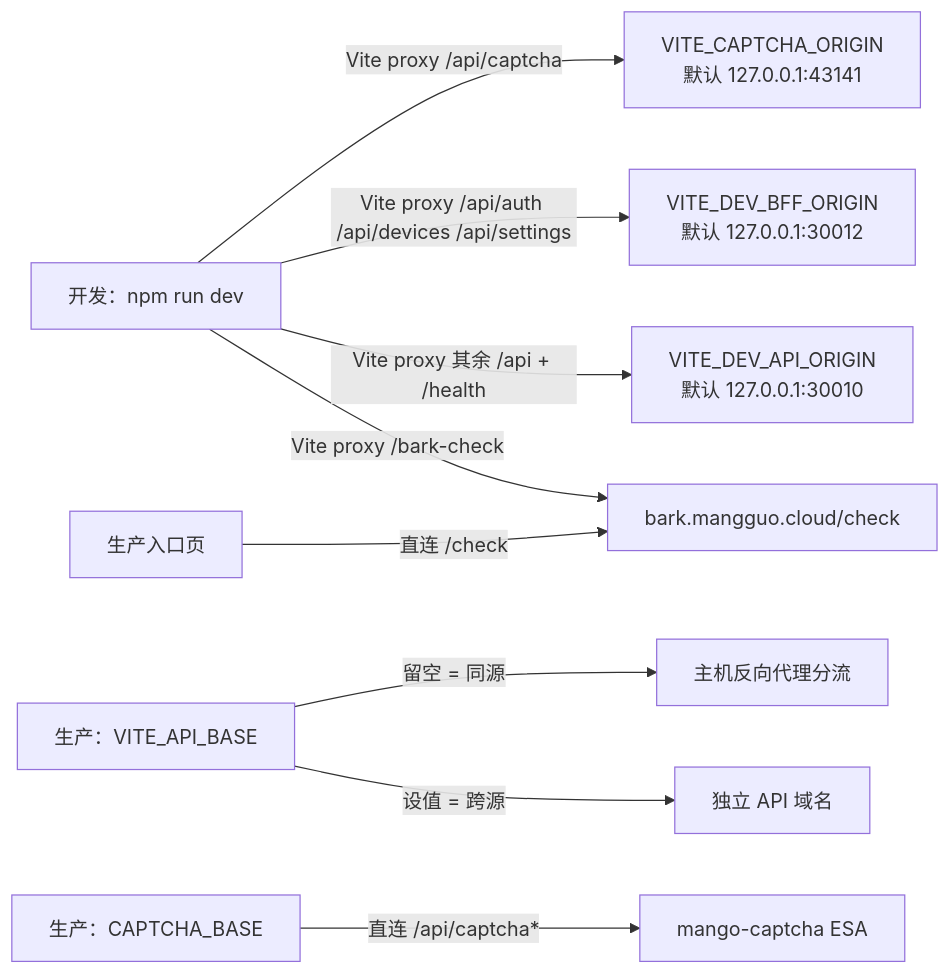
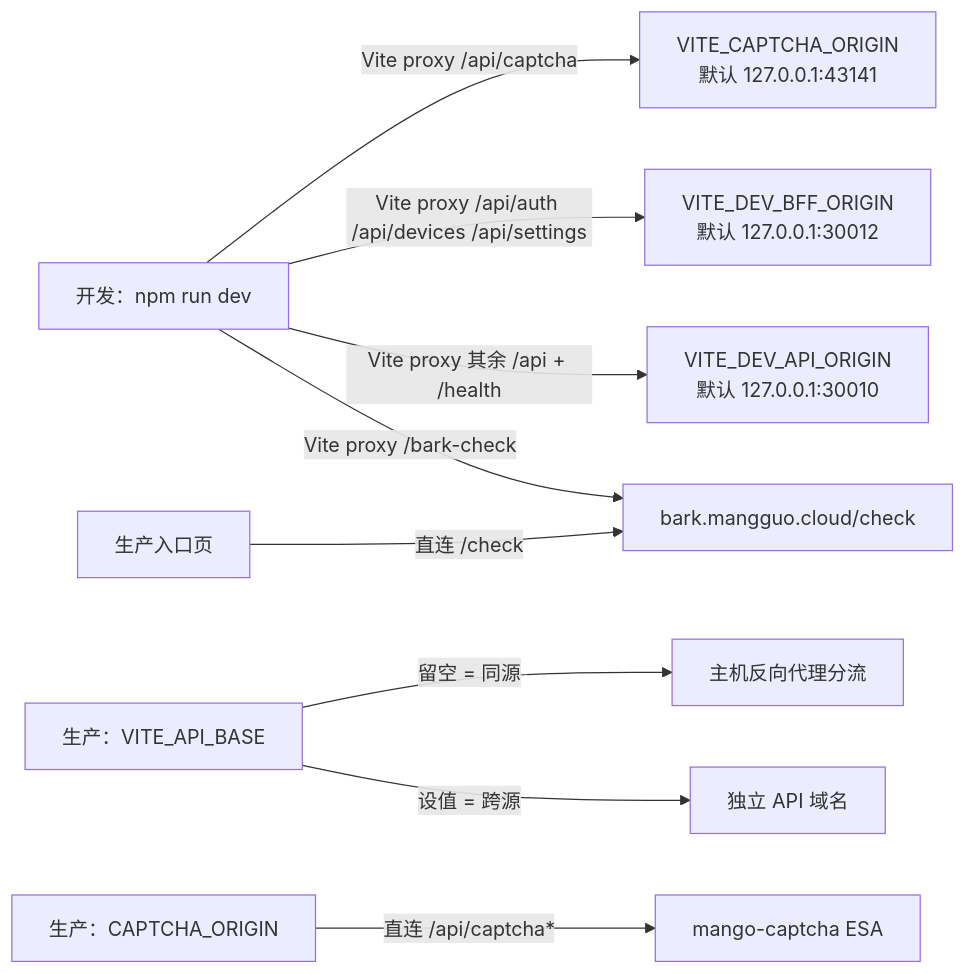
One commit to luyi2008/disaster-alert-web changed the seventh of 8 diagrams in docs/architecture.md. Above: the diagram before and after it, drawn with Mermaid. The commit also changed other lines of this file and 8 other files, not shown here.

First line of the commit message:
refactor: rename CAPTCHA_BASE to CAPTCHA_ORIGIN

````diff
--- a/docs/architecture.md
+++ b/docs/architecture.md
@@ -309,11 +309,11 @@
 ```mermaid
 graph LR
     Dev["开发：npm run dev"] -->|"Vite proxy /api/captcha"| DevCaptcha["VITE_CAPTCHA_ORIGIN<br/>默认 127.0.0.1:43141"]
     Dev -->|"Vite proxy /api/auth /api/devices /api/settings"| DevBFF["VITE_DEV_BFF_ORIGIN<br/>默认 127.0.0.1:30012"]
     Dev -->|"Vite proxy 其余 /api + /health"| DevAPI["VITE_DEV_API_ORIGIN<br/>默认 127.0.0.1:30010"]
     Dev -->|"Vite proxy /bark-check"| BarkCheck["bark.mangguo.cloud/check"]
     Prod["生产：VITE_API_BASE"] -->|"留空 = 同源"| Reverse["主机反向代理分流"]
     Prod -->|"设值 = 跨源"| Cross["独立 API 域名"]
-    ProdCaptcha["生产：CAPTCHA_BASE"] -->|"直连 /api/captcha*"| EsaCaptcha["mango-captcha ESA"]
+    ProdCaptcha["生产：CAPTCHA_ORIGIN"] -->|"直连 /api/captcha*"| EsaCaptcha["mango-captcha ESA"]
     ProdEntry["生产入口页"] -->|"直连 /check"| BarkCheck
 ```
````
